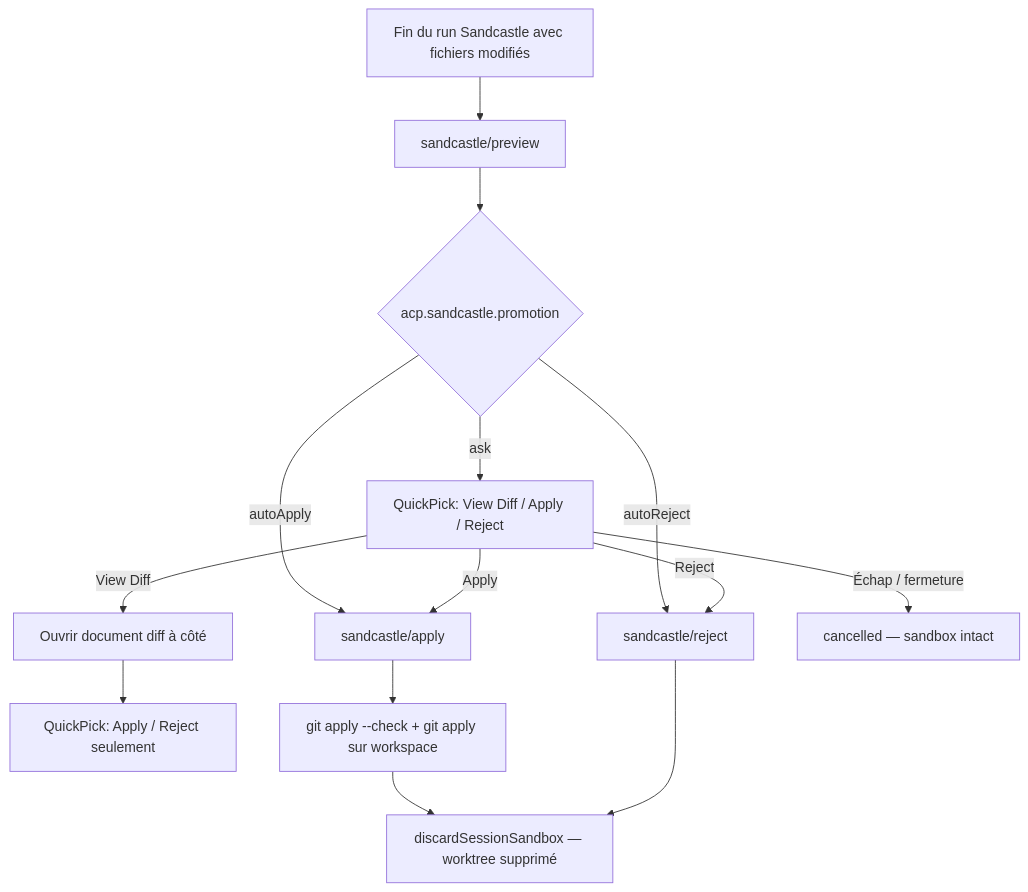
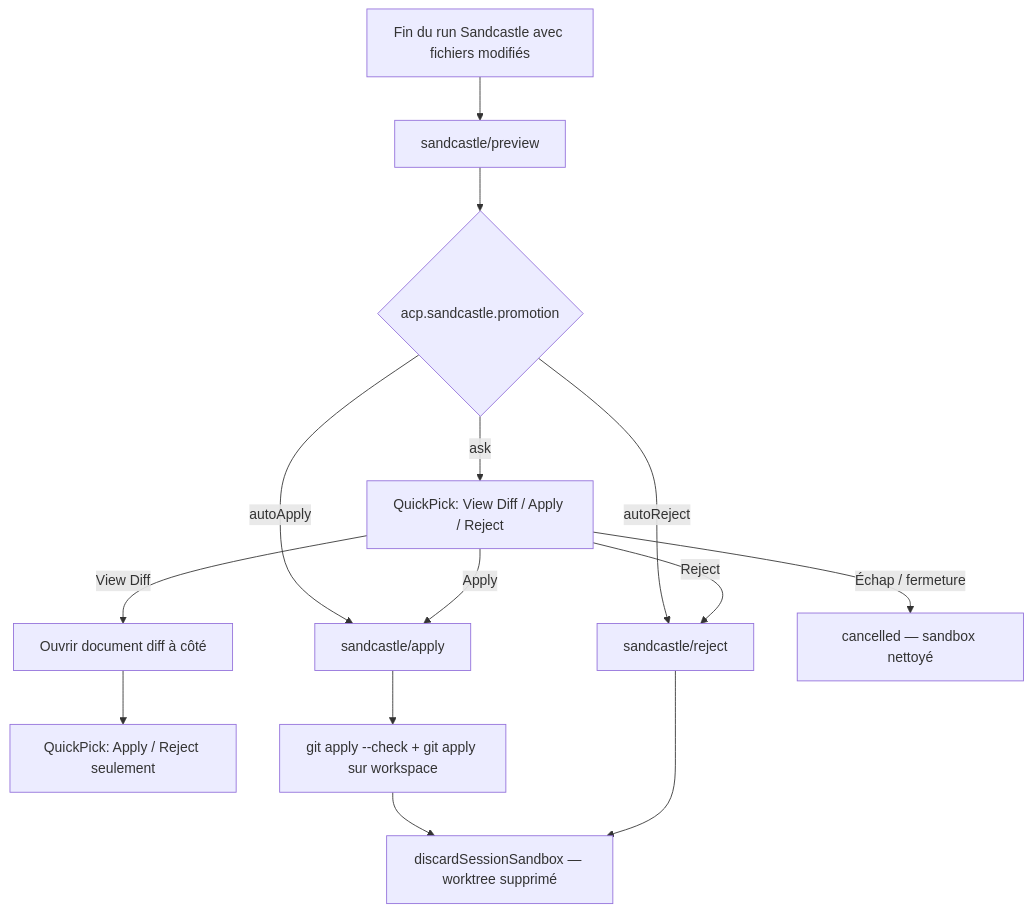
One commit to alanjds/vscode-acp changed the diagram in doc_fr/changements-sandcastle-promotion-en-cours.md. Above: the diagram before and after it, drawn with Mermaid. The commit also changed other lines of this file and 29 other files, not shown here.

````diff
--- a/doc_fr/changements-sandcastle-promotion-en-cours.md
+++ b/doc_fr/changements-sandcastle-promotion-en-cours.md
@@ -52,16 +52,16 @@
 ```mermaid
 flowchart TD
   A[Fin du run Sandcastle avec fichiers modifiés] --> B[sandcastle/preview]
   B --> C{acp.sandcastle.promotion}
   C -->|ask| D[QuickPick: View Diff / Apply / Reject]
   C -->|autoApply| E[sandcastle/apply]
   C -->|autoReject| F[sandcastle/reject]
   D -->|View Diff| G[Ouvrir document diff à côté]
   G --> H[QuickPick: Apply / Reject seulement]
   D -->|Apply| E
   D -->|Reject| F
-  D -->|Échap / fermeture| I[cancelled — sandbox intact]
+  D -->|Échap / fermeture| I[cancelled — sandbox nettoyé]
   E --> J[git apply --check + git apply sur workspace]
   J --> K[discardSessionSandbox — worktree supprimé]
   F --> K
 ```
````
